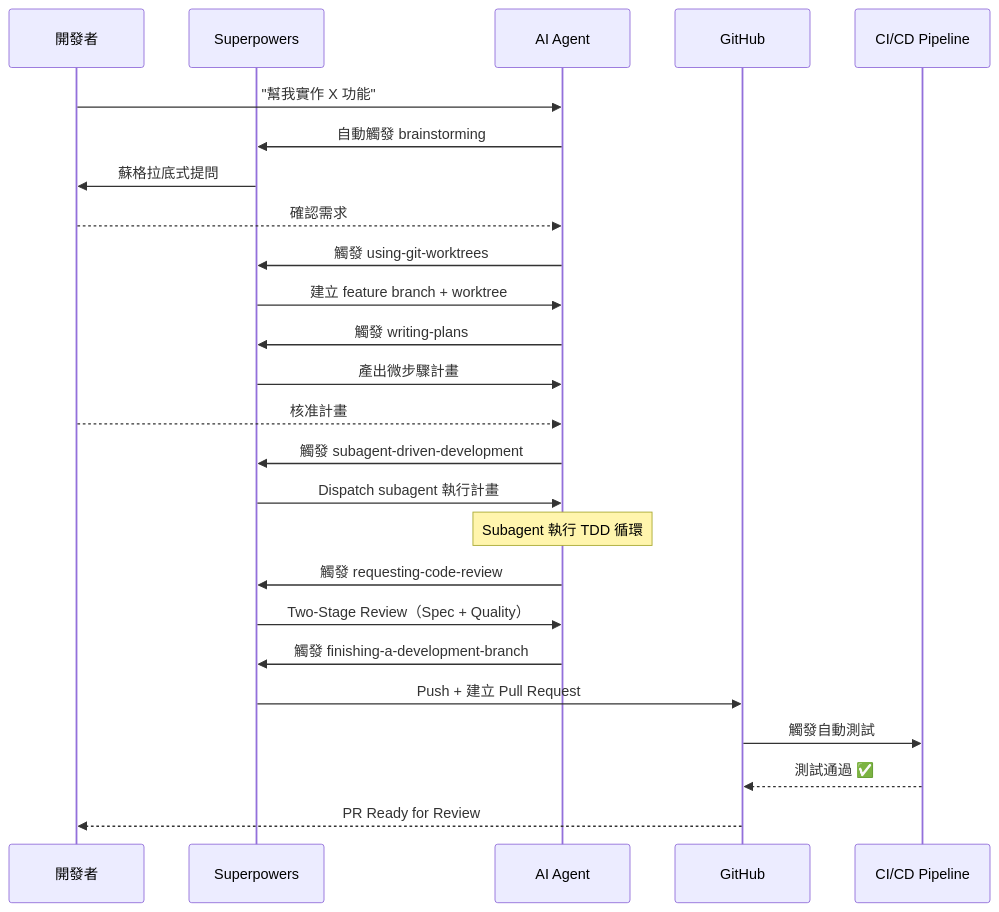
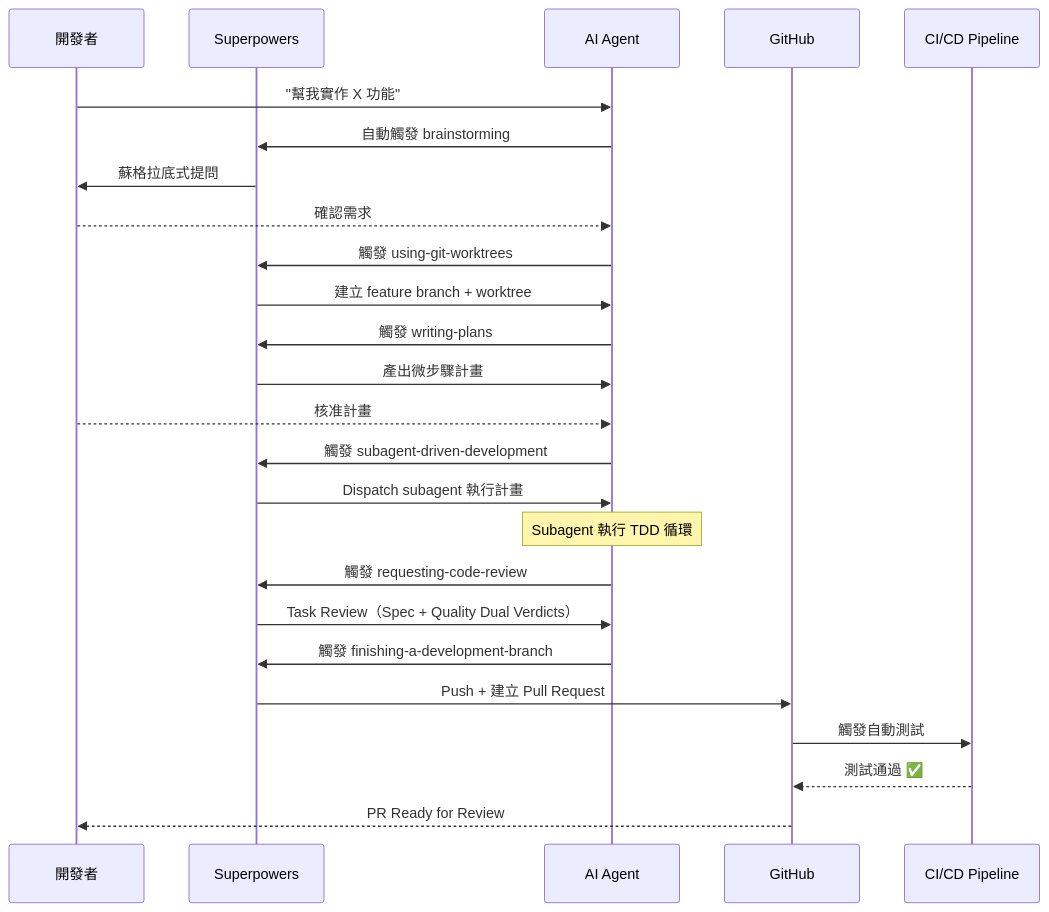
One commit to chihhung/Blog changed the seventh of 43 diagrams in content/posts/教學/AI開發/Superpowers教學手冊.md. Above: the diagram before and after it, drawn with Mermaid. The commit also changed other lines of this file and 22 other files, not shown here.

````diff
--- a/content/posts/教學/AI開發/Superpowers教學手冊.md
+++ b/content/posts/教學/AI開發/Superpowers教學手冊.md
@@ -578,33 +620,33 @@
 ```mermaid
 sequenceDiagram
     participant Dev as 開發者
     participant SP as Superpowers
     participant Agent as AI Agent
     participant GH as GitHub
     participant CI as CI/CD Pipeline
     
     Dev->>Agent: "幫我實作 X 功能"
     Agent->>SP: 自動觸發 brainstorming
     SP->>Dev: 蘇格拉底式提問
     Dev-->>Agent: 確認需求
     
     Agent->>SP: 觸發 using-git-worktrees
     SP->>Agent: 建立 feature branch + worktree
     
     Agent->>SP: 觸發 writing-plans
     SP->>Agent: 產出微步驟計畫
     Dev-->>Agent: 核准計畫
     
     Agent->>SP: 觸發 subagent-driven-development
     SP->>Agent: Dispatch subagent 執行計畫
     
     Note over Agent: Subagent 執行 TDD 循環
     Agent->>SP: 觸發 requesting-code-review
-    SP->>Agent: Two-Stage Review（Spec + Quality）
+    SP->>Agent: Task Review（Spec + Quality Dual Verdicts）
     
     Agent->>SP: 觸發 finishing-a-development-branch
     SP->>GH: Push + 建立 Pull Request
     GH->>CI: 觸發自動測試
     CI-->>GH: 測試通過 ✅
     GH-->>Dev: PR Ready for Review
 ```
````
